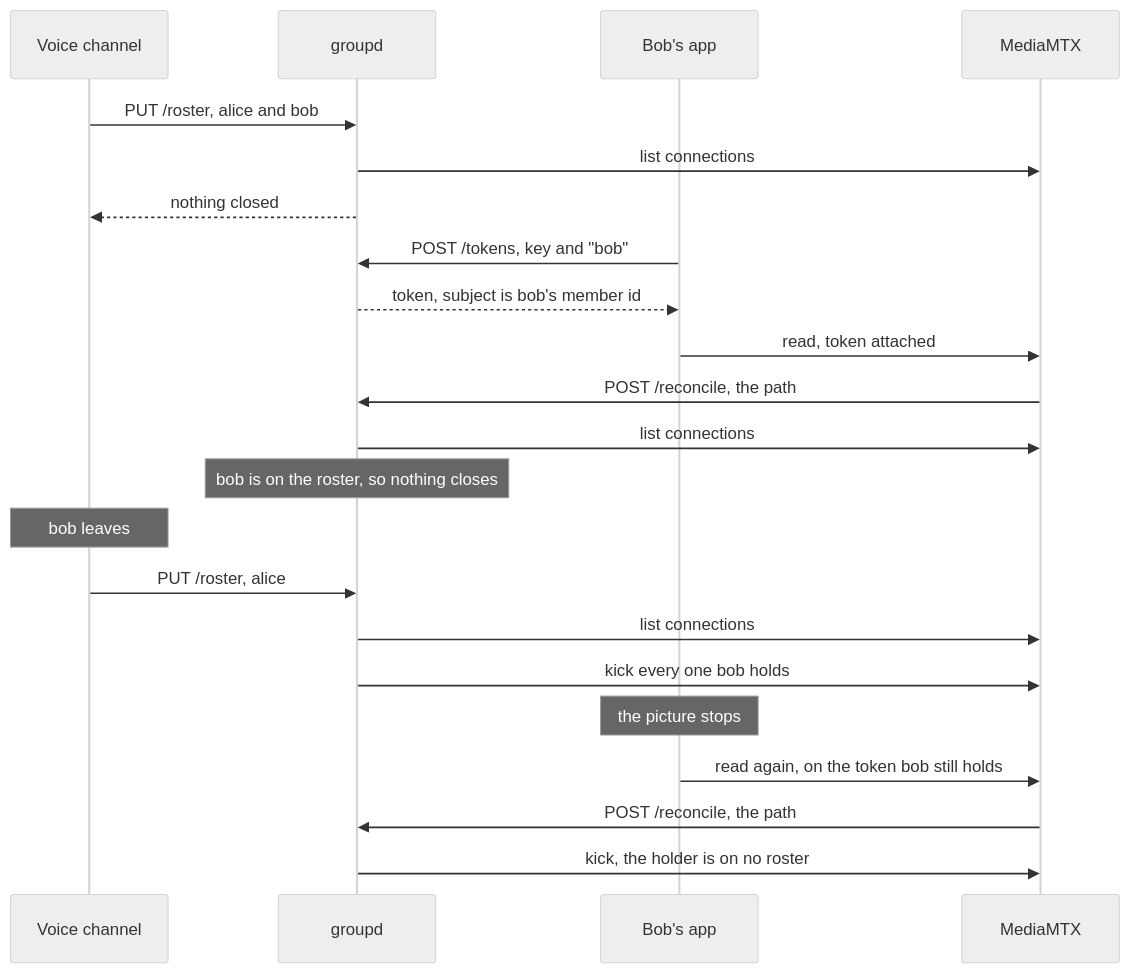
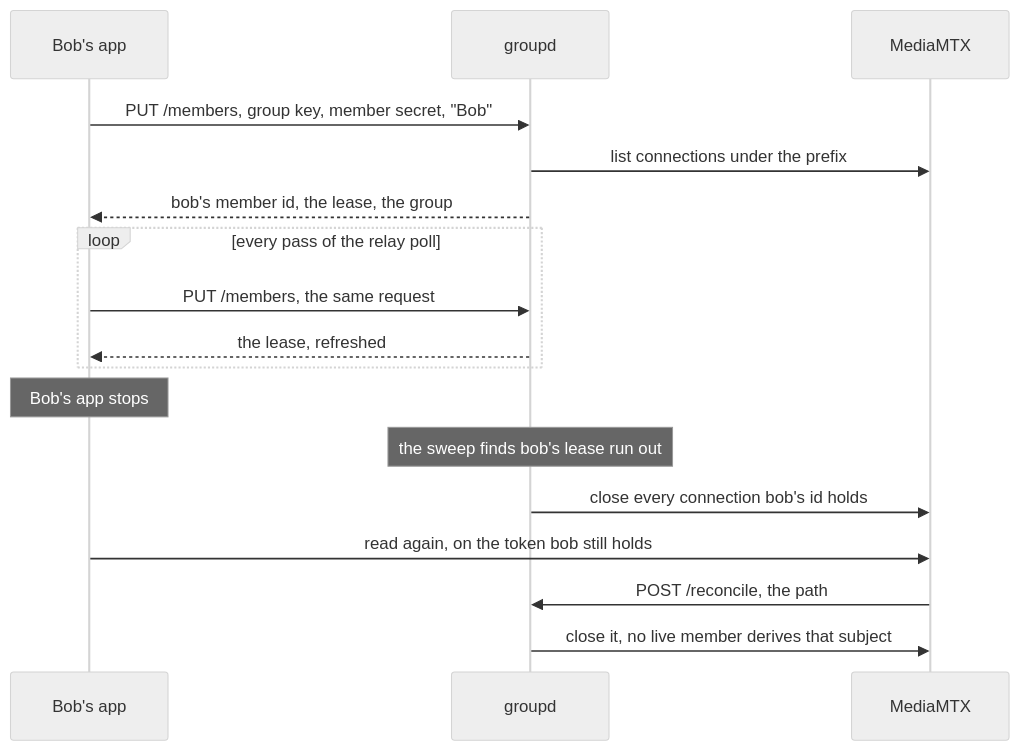
Before and after one commit to bjoern621/screen-sharing: the diagram in docs/membership.md, drawn with Mermaid (neutral theme). The commit also changed other lines of this file and 171 other files, not shown here.

````diff
--- a/docs/membership.md
+++ b/docs/membership.md
@@ -32,28 +29,23 @@
 ```mermaid
 sequenceDiagram
-    participant C as Voice channel
+    participant A as Bob's app
     participant G as groupd
-    participant A as Bob's app
     participant M as MediaMTX
 
-    C->>G: PUT /roster, alice and bob
-    G->>M: list connections
-    G-->>C: nothing closed
+    A->>G: PUT /members, group key, member secret, "Bob"
+    G->>M: list connections under the prefix
+    G-->>A: bob's member id, the lease, the group
 
-    A->>G: POST /tokens, key and "bob"
-    G-->>A: token, subject is bob's member id
-    A->>M: read, token attached
-    M->>G: POST /reconcile, the path
-    G->>M: list connections
-    Note over G: bob is on the roster, so nothing closes
+    loop every pass of the relay poll
+        A->>G: PUT /members, the same request
+        G-->>A: the lease, refreshed
+    end
 
-    Note over C: bob leaves
-    C->>G: PUT /roster, alice
-    G->>M: list connections
-    G->>M: kick every one bob holds
-    Note over A: the picture stops
+    Note over A: Bob's app stops
+    Note over G: the sweep finds bob's lease run out
+    G->>M: close every connection bob's id holds
 
     A->>M: read again, on the token bob still holds
     M->>G: POST /reconcile, the path
-    G->>M: kick, the holder is on no roster
+    G->>M: close it, no live member derives that subject
 ```
````
